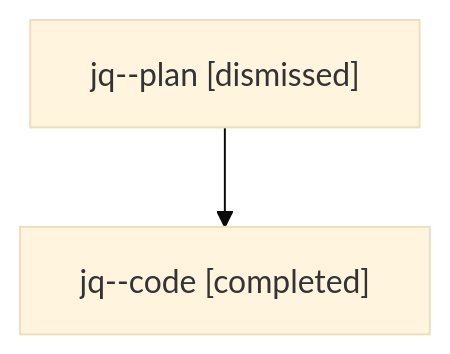
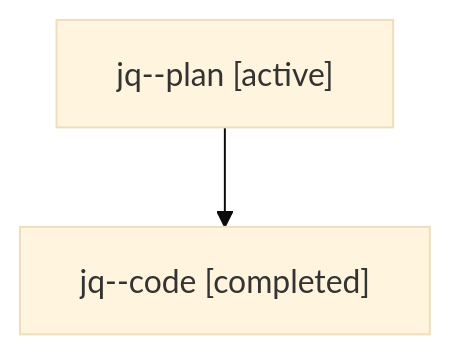
One commit to sase-org/sase--agents changed the diagram in families/bbugyi200.athena.jq.md. Above: the diagram before and after it, drawn with Mermaid (base theme). The commit also changed other lines of this file and 8679 other files, not shown here.

````diff
--- a/families/bbugyi200.athena.jq.md
+++ b/families/bbugyi200.athena.jq.md
@@ -9,6 +9,6 @@
 ```mermaid
 flowchart TD
-  n0["jq--plan [dismissed]"]
+  n0["jq--plan [active]"]
   n1["jq--code [completed]"]
   n0 --> n1
 ```
````
